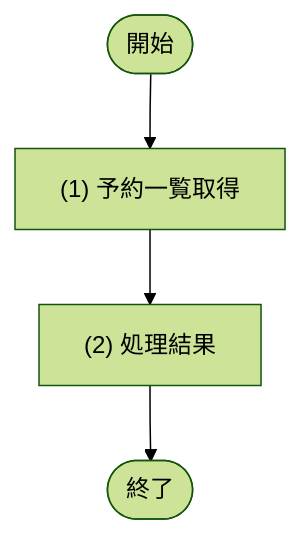
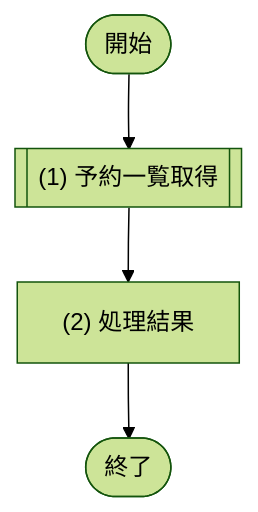
Before and after one commit to sikakou54/system-document-template: the diagram in docs/03_機能設計/03_API設計/API-006_予約一覧取得.md, drawn with Mermaid (forest theme). The commit also changed 28 other files, not shown here.

````diff
--- a/docs/03_機能設計/03_API設計/API-006_予約一覧取得.md
+++ b/docs/03_機能設計/03_API設計/API-006_予約一覧取得.md
@@ -48,9 +48,9 @@
 ```mermaid
 flowchart TD
   Start([開始])
-  P1["(1) 予約一覧取得"]
+  P1[["(1) 予約一覧取得"]]
   P2["(2) 処理結果"]
   End([終了])
 
   Start --> P1 --> P2 --> End
 ```
````
